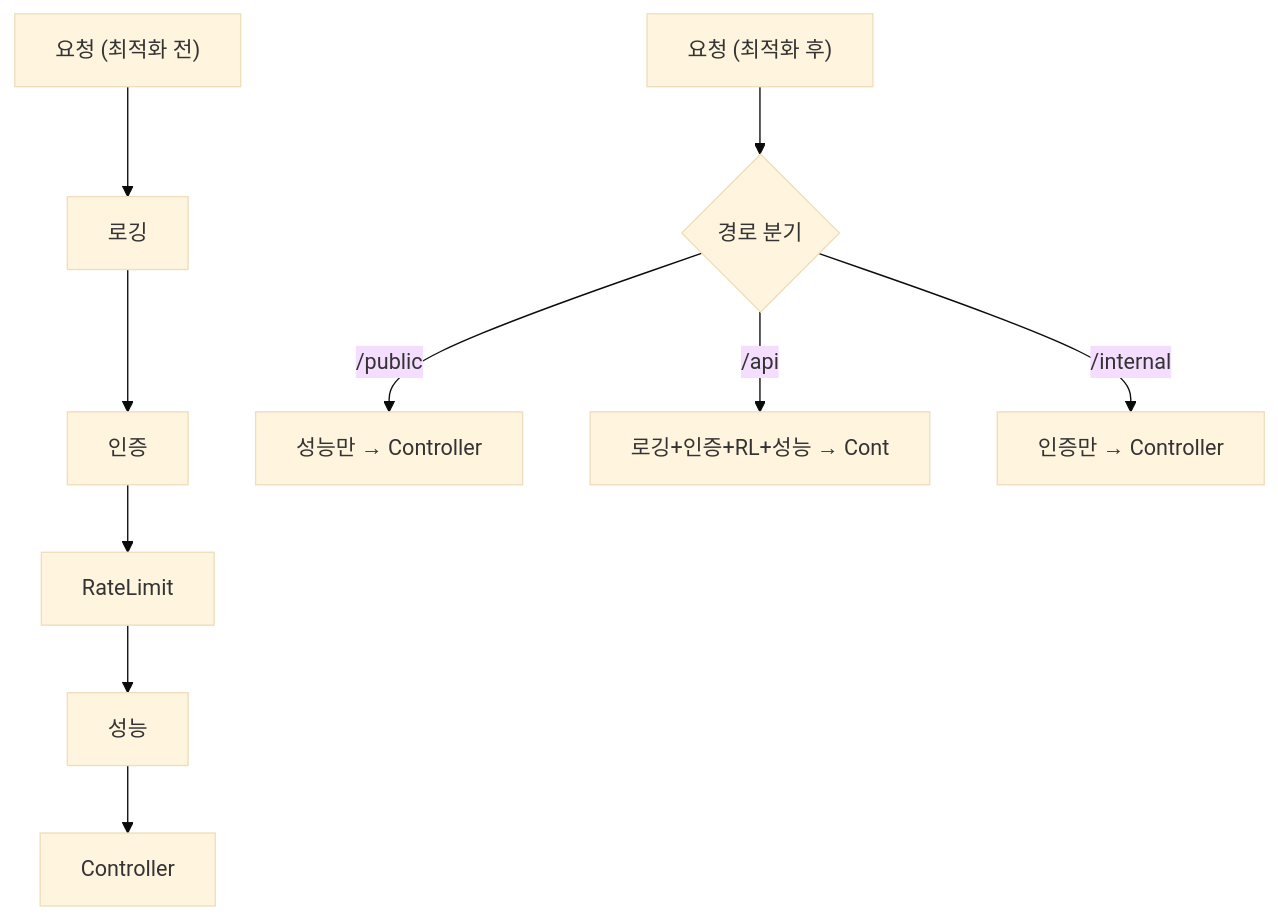
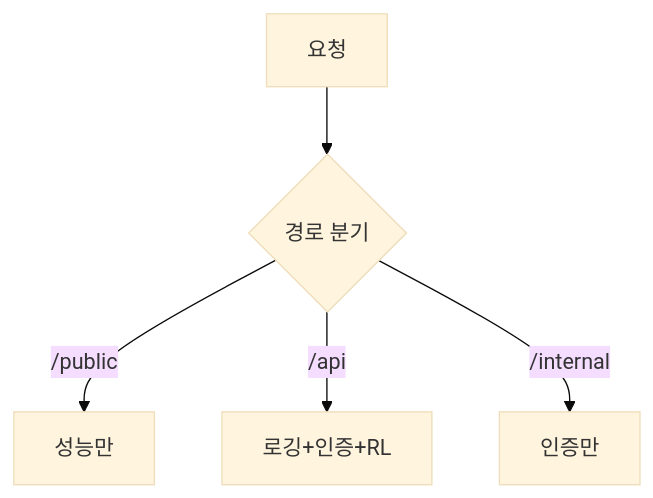
One commit to yjkim2015/yjkim2015.github.io changed the seventh of 8 diagrams in _posts/spring/2026-05-02-spring-interceptor.md. Above: the diagram before and after it, drawn with Mermaid (base theme). The commit also changed other lines of this file and 155 other files, not shown here.

First line of the commit message:
Mermaid 전면 수정: subgraph 제거, participant/노드/줄수 축소 (342블록)

````diff
--- a/_posts/spring/2026-05-02-spring-interceptor.md
+++ b/_posts/spring/2026-05-02-spring-interceptor.md
@@ -1078,8 +1062,7 @@
 ```mermaid
 graph TD
-    A["요청 (최적화 전)"] --> B["로깅"] --> C["인증"] --> D["RateLimit"] --> E["성능"] --> F["Controller"]
-    A2["요청 (최적화 후)"] --> G{"경로 분기"}
-    G -->|"/public"| H["성능만 → Controller"]
-    G -->|"/api"| I["로깅+인증+RL+성능 → Cont"]
-    G -->|"/internal"| J["인증만 → Controller"]
+    A["요청"] --> G{"경로 분기"}
+    G -->|"/public"| H["성능만"]
+    G -->|"/api"| I["로깅+인증+RL"]
+    G -->|"/internal"| J["인증만"]
 ```
````
